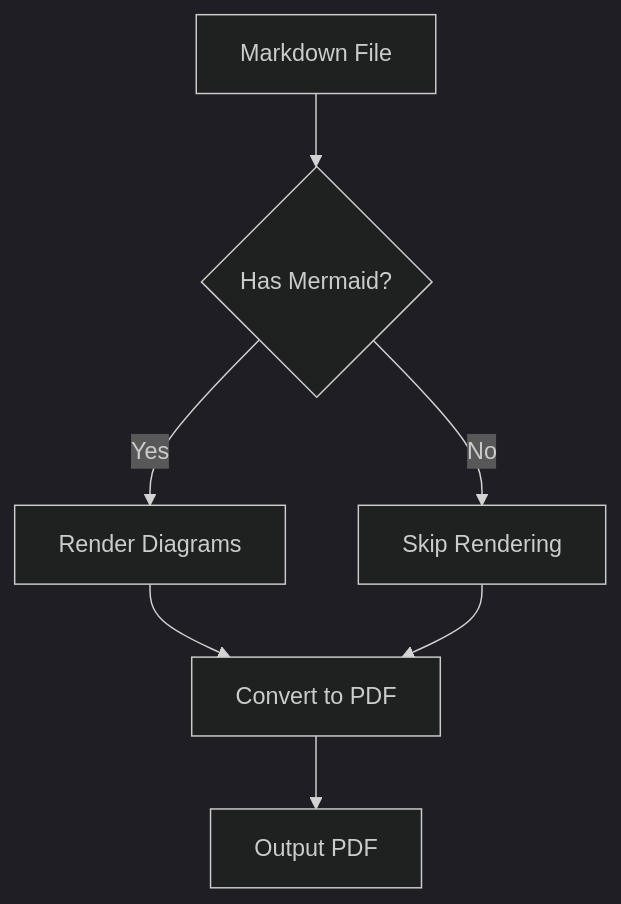
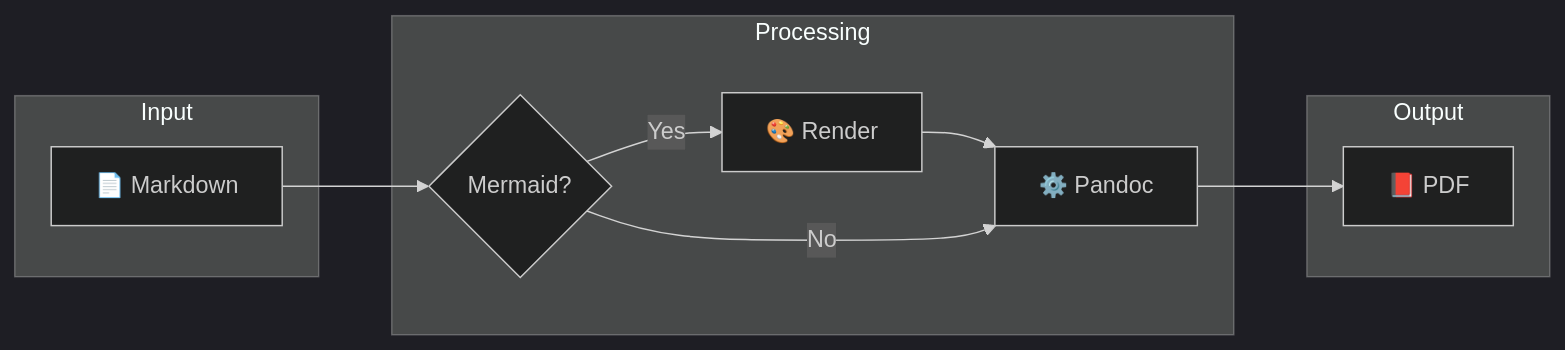
One commit to fabioc-aloha/markdown-to-pdf changed the first of 2 diagrams in sample.md. Above: the diagram before and after it, drawn with Mermaid (dark theme). The commit also changed other lines of this file and 1 other file, not shown here.

````diff
--- a/sample.md
+++ b/sample.md
@@ -52,9 +72,19 @@
 ```mermaid
-flowchart TD
-    A[Markdown File] --> B{Has Mermaid?}
-    B -->|Yes| C[Render Diagrams]
-    B -->|No| D[Skip Rendering]
-    C --> E[Convert to PDF]
+flowchart LR
+    subgraph Input
+        A[📄 Markdown]
+    end
+    subgraph Processing
+        B{Mermaid?}
+        C[🎨 Render]
+        D[⚙️ Pandoc]
+    end
+    subgraph Output
+        E[📕 PDF]
+    end
+
+    A --> B
+    B -->|Yes| C --> D
+    B -->|No| D
     D --> E
-    E --> F[Output PDF]
 ```
````
